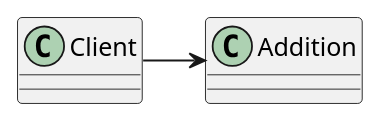
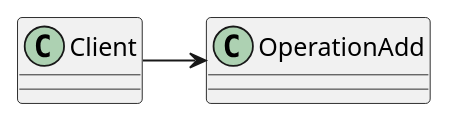
One commit to zzyAJohn/ajohn.top changed the first of 2 diagrams in docs/design_pattern/4.Open-Closed.md. Above: the diagram before and after it, drawn with PlantUML. The commit also changed other lines of this file, not shown here.

Commit message:
docs: refactor Open-Closed Principle example to use consistent class naming and improve UML diagram clarity

```diff
--- a/docs/design_pattern/4.Open-Closed.md
+++ b/docs/design_pattern/4.Open-Closed.md
@@ -17,15 +17,15 @@
 @startuml
 
 class Client {
   
 
 }
 
-class Addition {
+class OperationAdd {
   
 
 }
 
-Client -> Addition
+Client -> OperationAdd
 
 @enduml
```
